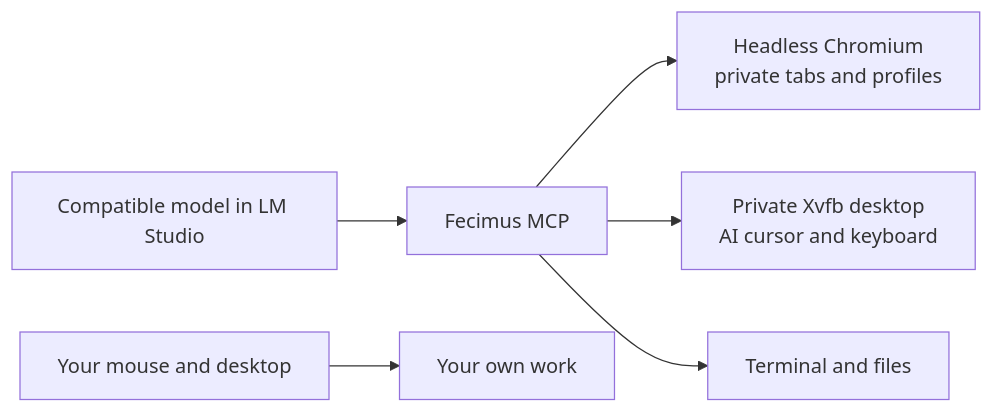
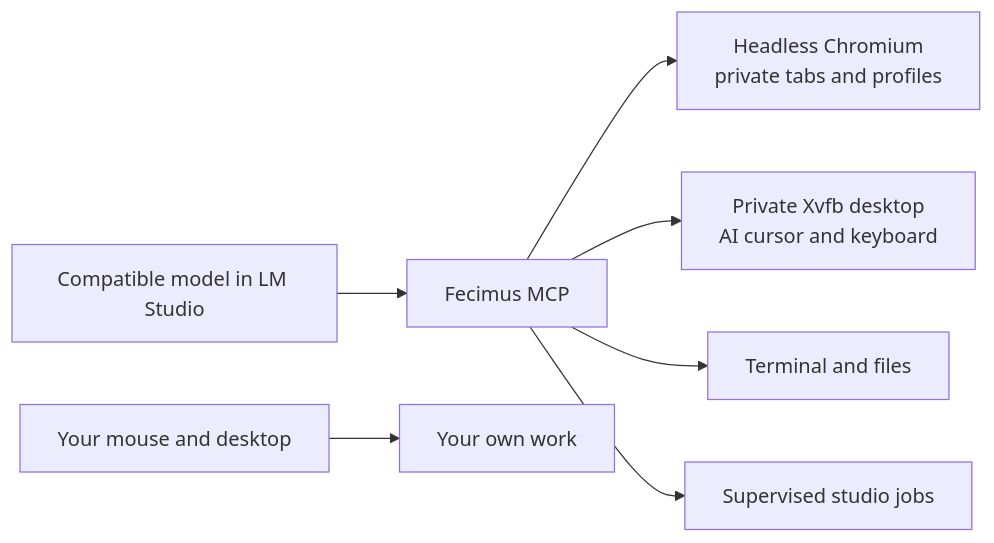
The diagram in README.md (NermalYT/fecimus), drawn with Mermaid before and after one commit. The commit also changed other lines of this file and 5 other files, not shown here.

````diff
--- a/README.md
+++ b/README.md
@@ -10,8 +11,9 @@
 ```mermaid
 flowchart LR
     M[Compatible model in LM Studio] --> A[Fecimus MCP]
     A --> B[Headless Chromium\nprivate tabs and profiles]
     A --> D[Private Xvfb desktop\nAI cursor and keyboard]
     A --> F[Terminal and files]
+    A --> J[Supervised studio jobs]
     U[Your mouse and desktop] --> W[Your own work]
 ```
````
